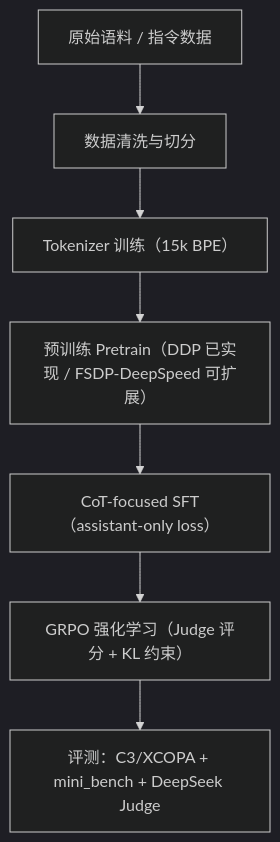
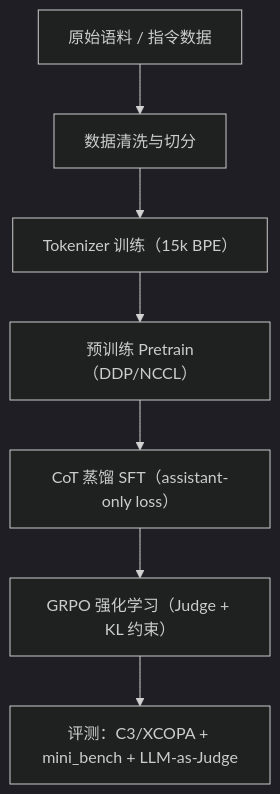
One commit to HardesZhou/Baymax-PRO changed the diagram in README.md. Above: the diagram before and after it, drawn with Mermaid (dark theme). The commit also changed other lines of this file, not shown here.

````diff
--- a/README.md
+++ b/README.md
@@ -34,9 +52,9 @@
 ```mermaid
 flowchart TD
     A[原始语料 / 指令数据] --> B[数据清洗与切分]
     B --> C[Tokenizer 训练（15k BPE）]
-    C --> D[预训练 Pretrain（DDP 已实现 / FSDP-DeepSpeed 可扩展）]
-    D --> E[CoT-focused SFT（assistant-only loss）]
-    E --> F[GRPO 强化学习（Judge 评分 + KL 约束）]
-    F --> G[评测：C3/XCOPA + mini_bench + DeepSeek Judge]
+    C --> D[预训练 Pretrain（DDP/NCCL）]
+    D --> E[CoT 蒸馏 SFT（assistant-only loss）]
+    E --> F[GRPO 强化学习（Judge + KL 约束）]
+    F --> G[评测：C3/XCOPA + mini_bench + LLM-as-Judge]
 ```
````
